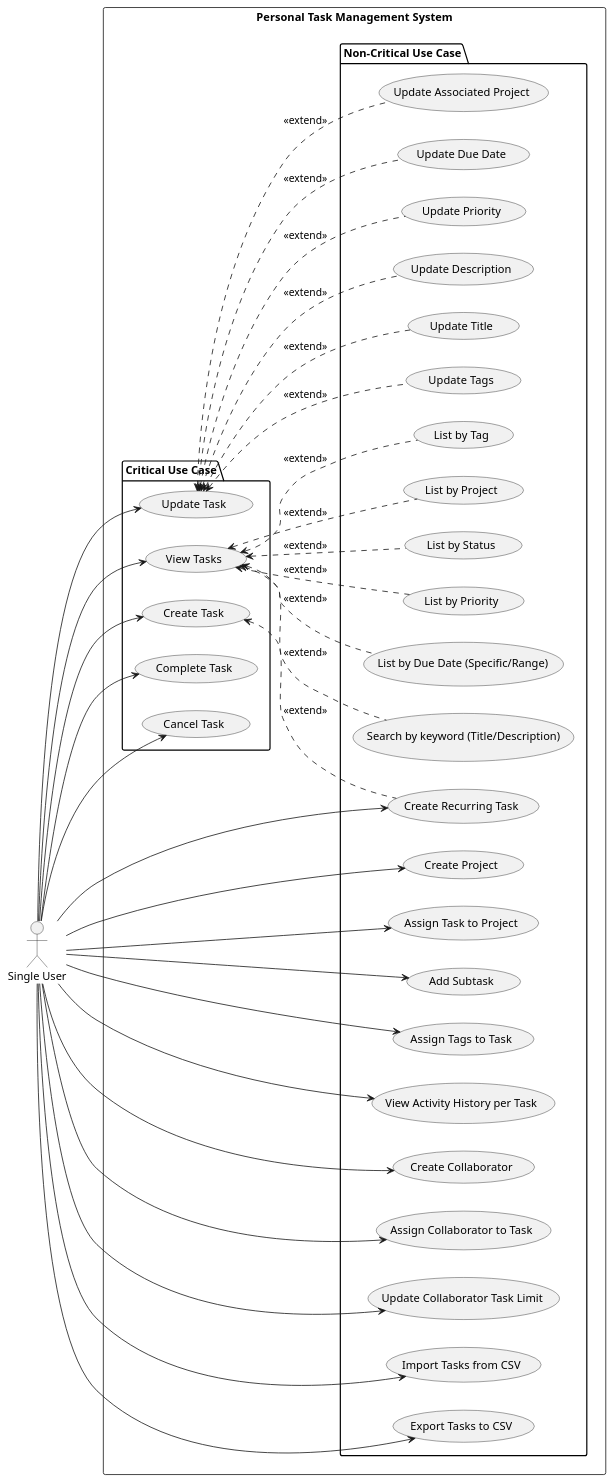
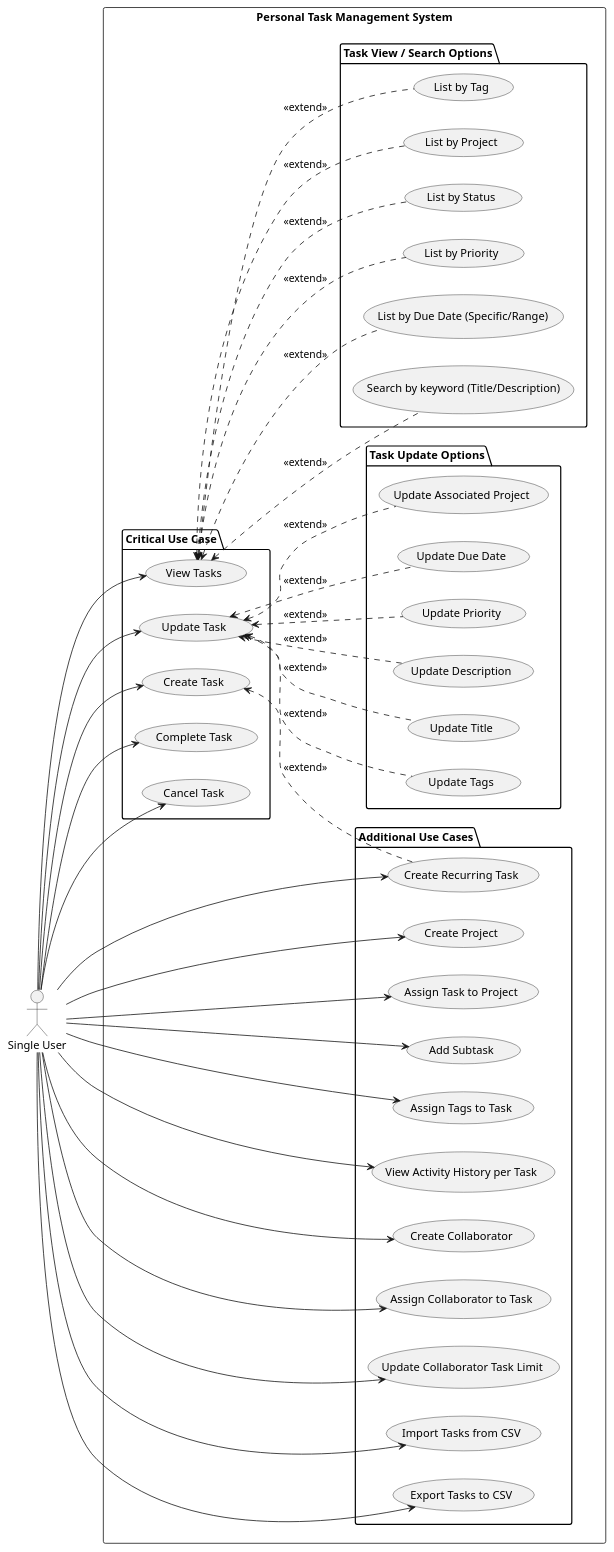
The diagram in Iteration-2/UpdatedUseCaseDiagram/UpdatedUseCaseDiagram.puml (dan-gan/SOEN-342), drawn with PlantUML before and after one commit. The commit also changed 1 other file, not shown here.

Commit message:
Refactored use case diagram design for improved consistency and structure

```diff
--- a/Iteration-2/UpdatedUseCaseDiagram/UpdatedUseCaseDiagram.puml
+++ b/Iteration-2/UpdatedUseCaseDiagram/UpdatedUseCaseDiagram.puml
@@ -1,80 +1,87 @@
 @startuml
 left to right direction
 actor "Single User" as fc
 
 rectangle "Personal Task Management System" {
+
   package "Critical Use Case" {
     usecase "Create Task" as UC1
     usecase "Update Task" as UCU
     usecase "View Tasks" as UCV
     usecase "Complete Task" as UC9
     usecase "Cancel Task" as UC10
   }
+  
+  package "Task Update Options" {
+   usecase "Update Title" as u1
+    usecase "Update Description" as u2
+    usecase "Update Priority" as u3
+    usecase "Update Due Date" as u4
+    usecase "Update Associated Project" as u6
+    usecase "Update Tags" as u7
+}
 
-  package "Non-Critical Use Case" {
+  package "Additional Use Cases" {
     usecase "Create Project" as UC8
     usecase "Assign Task to Project" as UC2
     usecase "Add Subtask" as UC3
     usecase "Assign Tags to Task" as UC4
     usecase "View Activity History per Task" as UC7
     usecase "Create Recurring Task" as UC11
 
     usecase "Create Collaborator" as UC12
     usecase "Assign Collaborator to Task" as UC13
     usecase "Update Collaborator Task Limit" as UC14
 
     usecase "Import Tasks from CSV" as UC15
     usecase "Export Tasks to CSV" as UC16
 
-    usecase "Update Title" as u1
-    usecase "Update Description" as u2
-    usecase "Update Priority" as u3
-    usecase "Update Due Date" as u4
-    usecase "Update Associated Project" as u6
-    usecase "Update Tags" as u7
-
-    usecase "List by Due Date (Specific/Range)" as v1
+  }
+  
+    package "Task View / Search Options" {
+  usecase "List by Due Date (Specific/Range)" as v1
     usecase "List by Priority" as v2
     usecase "List by Status" as v3
     usecase "List by Project" as v4
     usecase "List by Tag" as v5
     usecase "Search by keyword (Title/Description)" as v6
-  }
+}
+
 }
 
 UC1 <.. UC11 : <<extend>>
 
 fc --> UC1
 fc --> UC2
 fc --> UC3
 fc --> UC4
 fc --> UCU
 fc --> UCV
 fc --> UC7
 fc --> UC8
 fc --> UC9
 fc --> UC10
 fc --> UC11
 
 fc --> UC12
 fc --> UC13
 fc --> UC14
 
 fc --> UC15
 fc --> UC16
 
 UCU <.. u1 : <<extend>>
 UCU <.. u2 : <<extend>>
 UCU <.. u3 : <<extend>>
 UCU <.. u4 : <<extend>>
 UCU <.. u6 : <<extend>>
 UCU <.. u7 : <<extend>>
 
 UCV <.. v1 : <<extend>>
 UCV <.. v2 : <<extend>>
 UCV <.. v3 : <<extend>>
 UCV <.. v4 : <<extend>>
 UCV <.. v5 : <<extend>>
 UCV <.. v6 : <<extend>>
 
 @enduml
```
